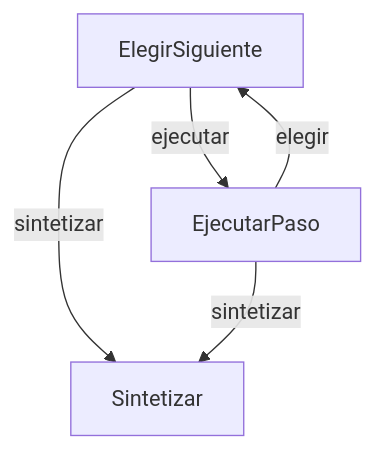
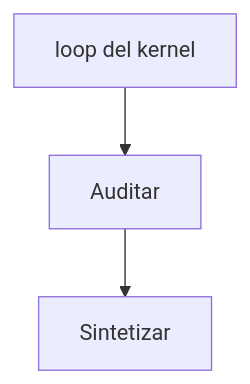
The seventh of 9 diagrams in docs/design.md (poladb-afk/deepseek-flow), drawn with Mermaid before and after one commit. The commit also changed other lines of this file and 12 other files, not shown here.

````diff
--- a/docs/design.md
+++ b/docs/design.md
@@ -448,7 +448,4 @@
 ```mermaid
 flowchart TD
-    e[ElegirSiguiente] -->|ejecutar| p[EjecutarPaso]
-    p -->|elegir| e
-    e -->|sintetizar| s[Sintetizar]
-    p -->|sintetizar| s
+    k[loop del kernel] --> a[Auditar] --> s[Sintetizar]
 ```
````
